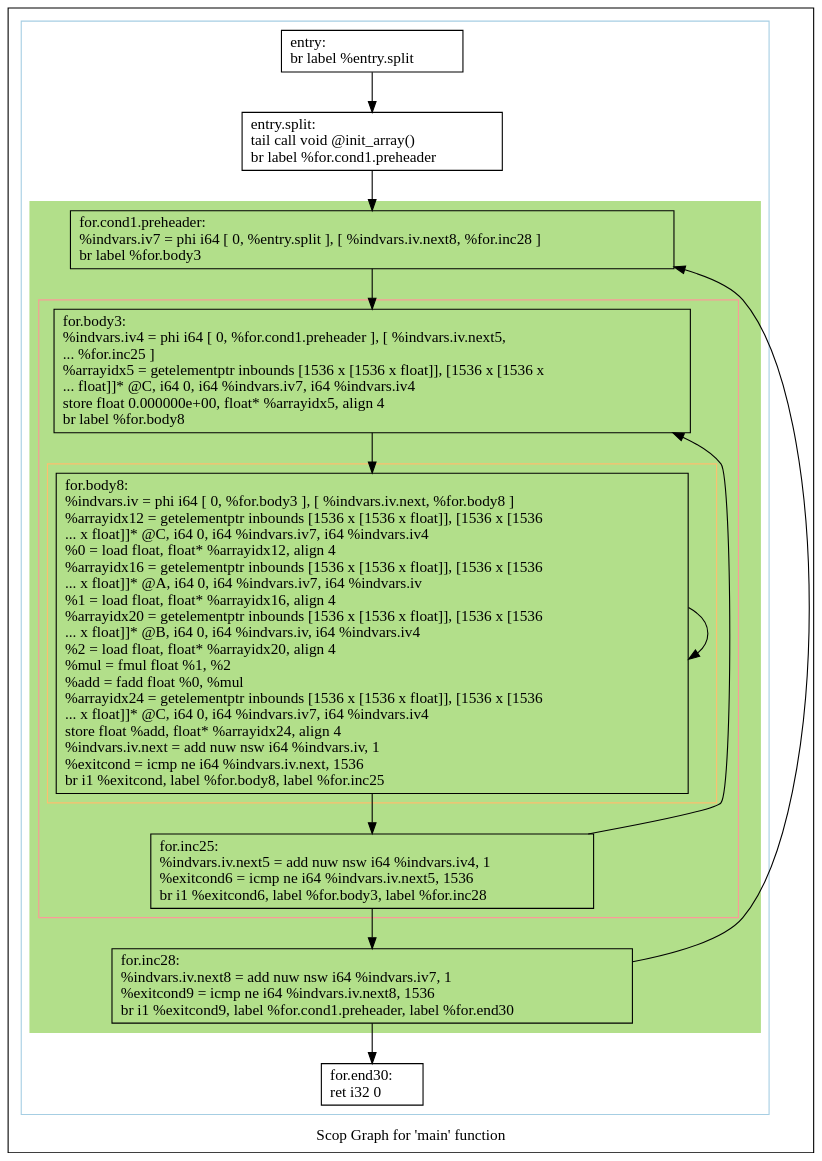
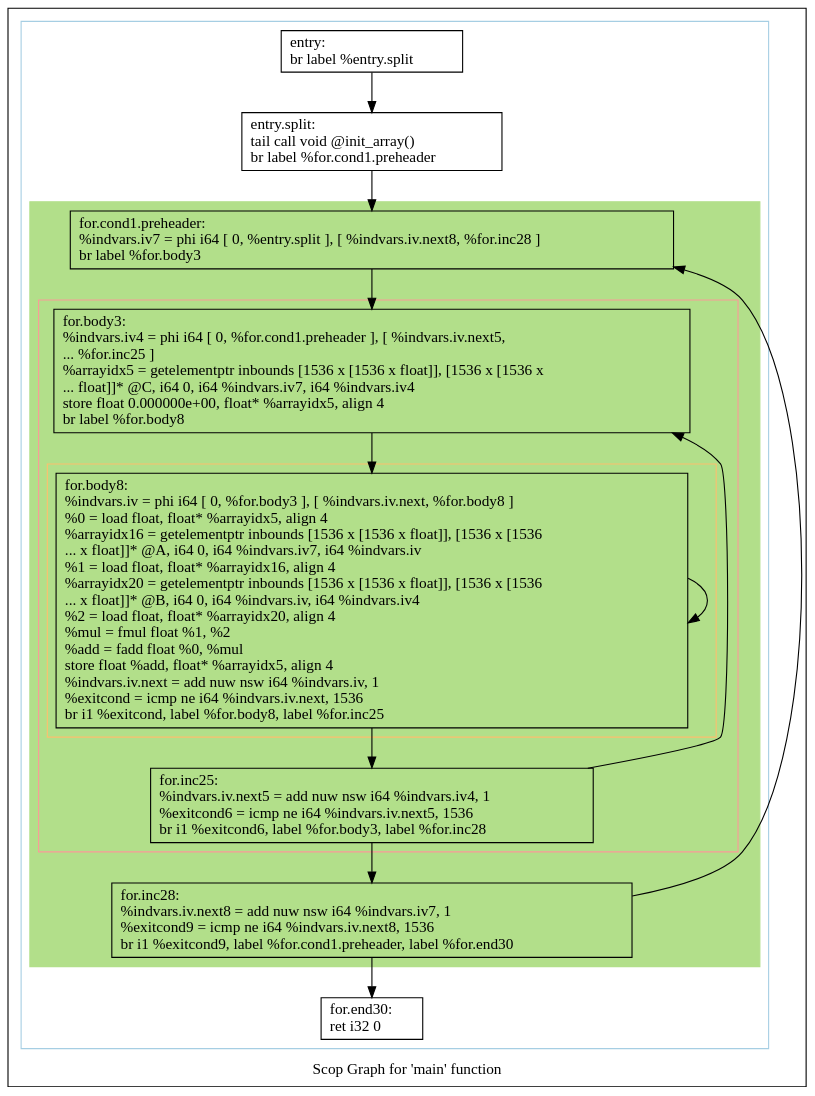
One commit to intel/quantum-intrinsics changed the diagram in polly/docs/experiments/matmul/scops.main.dot. Above: the diagram before and after it, drawn with Graphviz. The commit also changed 37 other files, not shown here.

```diff
--- a/polly/docs/experiments/matmul/scops.main.dot
+++ b/polly/docs/experiments/matmul/scops.main.dot
@@ -1,50 +1,50 @@
 digraph "Scop Graph for 'main' function" {
 	label="Scop Graph for 'main' function";
 
-	Node0x5b5c850 [shape=record,label="{entry:\l  br label %entry.split\l}"];
-	Node0x5b5c850 -> Node0x5b5a440;
-	Node0x5b5a440 [shape=record,label="{entry.split:                                      \l  tail call void @init_array()\l  br label %for.cond1.preheader\l}"];
-	Node0x5b5a440 -> Node0x5b38cd0;
-	Node0x5b38cd0 [shape=record,label="{for.cond1.preheader:                              \l  %indvars.iv7 = phi i64 [ 0, %entry.split ], [ %indvars.iv.next8, %for.inc28 ]\l  br label %for.body3\l}"];
-	Node0x5b38cd0 -> Node0x5b4bd30;
-	Node0x5b4bd30 [shape=record,label="{for.body3:                                        \l  %indvars.iv4 = phi i64 [ 0, %for.cond1.preheader ], [ %indvars.iv.next5,\l... %for.inc25 ]\l  %arrayidx5 = getelementptr inbounds [1536 x [1536 x float]], [1536 x [1536 x\l... float]]* @C, i64 0, i64 %indvars.iv7, i64 %indvars.iv4\l  store float 0.000000e+00, float* %arrayidx5, align 4\l  br label %for.body8\l}"];
-	Node0x5b4bd30 -> Node0x5b38c50;
-	Node0x5b38c50 [shape=record,label="{for.body8:                                        \l  %indvars.iv = phi i64 [ 0, %for.body3 ], [ %indvars.iv.next, %for.body8 ]\l  %arrayidx12 = getelementptr inbounds [1536 x [1536 x float]], [1536 x [1536\l... x float]]* @C, i64 0, i64 %indvars.iv7, i64 %indvars.iv4\l  %0 = load float, float* %arrayidx12, align 4\l  %arrayidx16 = getelementptr inbounds [1536 x [1536 x float]], [1536 x [1536\l... x float]]* @A, i64 0, i64 %indvars.iv7, i64 %indvars.iv\l  %1 = load float, float* %arrayidx16, align 4\l  %arrayidx20 = getelementptr inbounds [1536 x [1536 x float]], [1536 x [1536\l... x float]]* @B, i64 0, i64 %indvars.iv, i64 %indvars.iv4\l  %2 = load float, float* %arrayidx20, align 4\l  %mul = fmul float %1, %2\l  %add = fadd float %0, %mul\l  %arrayidx24 = getelementptr inbounds [1536 x [1536 x float]], [1536 x [1536\l... x float]]* @C, i64 0, i64 %indvars.iv7, i64 %indvars.iv4\l  store float %add, float* %arrayidx24, align 4\l  %indvars.iv.next = add nuw nsw i64 %indvars.iv, 1\l  %exitcond = icmp ne i64 %indvars.iv.next, 1536\l  br i1 %exitcond, label %for.body8, label %for.inc25\l}"];
-	Node0x5b38c50 -> Node0x5b38c50[constraint=false];
-	Node0x5b38c50 -> Node0x5b5a290;
-	Node0x5b5a290 [shape=record,label="{for.inc25:                                        \l  %indvars.iv.next5 = add nuw nsw i64 %indvars.iv4, 1\l  %exitcond6 = icmp ne i64 %indvars.iv.next5, 1536\l  br i1 %exitcond6, label %for.body3, label %for.inc28\l}"];
-	Node0x5b5a290 -> Node0x5b4bd30[constraint=false];
-	Node0x5b5a290 -> Node0x5b5a340;
-	Node0x5b5a340 [shape=record,label="{for.inc28:                                        \l  %indvars.iv.next8 = add nuw nsw i64 %indvars.iv7, 1\l  %exitcond9 = icmp ne i64 %indvars.iv.next8, 1536\l  br i1 %exitcond9, label %for.cond1.preheader, label %for.end30\l}"];
-	Node0x5b5a340 -> Node0x5b38cd0[constraint=false];
-	Node0x5b5a340 -> Node0x5b5a3a0;
-	Node0x5b5a3a0 [shape=record,label="{for.end30:                                        \l  ret i32 0\l}"];
+	Node0x7fffc6c4cb90 [shape=record,label="{entry:\l  br label %entry.split\l}"];
+	Node0x7fffc6c4cb90 -> Node0x7fffc6c47b10;
+	Node0x7fffc6c47b10 [shape=record,label="{entry.split:                                      \l  tail call void @init_array()\l  br label %for.cond1.preheader\l}"];
+	Node0x7fffc6c47b10 -> Node0x7fffc6c456e0;
+	Node0x7fffc6c456e0 [shape=record,label="{for.cond1.preheader:                              \l  %indvars.iv7 = phi i64 [ 0, %entry.split ], [ %indvars.iv.next8, %for.inc28 ]\l  br label %for.body3\l}"];
+	Node0x7fffc6c456e0 -> Node0x7fffc6c3f080;
+	Node0x7fffc6c3f080 [shape=record,label="{for.body3:                                        \l  %indvars.iv4 = phi i64 [ 0, %for.cond1.preheader ], [ %indvars.iv.next5,\l... %for.inc25 ]\l  %arrayidx5 = getelementptr inbounds [1536 x [1536 x float]], [1536 x [1536 x\l... float]]* @C, i64 0, i64 %indvars.iv7, i64 %indvars.iv4\l  store float 0.000000e+00, float* %arrayidx5, align 4\l  br label %for.body8\l}"];
+	Node0x7fffc6c3f080 -> Node0x7fffc6c3f220;
+	Node0x7fffc6c3f220 [shape=record,label="{for.body8:                                        \l  %indvars.iv = phi i64 [ 0, %for.body3 ], [ %indvars.iv.next, %for.body8 ]\l  %0 = load float, float* %arrayidx5, align 4\l  %arrayidx16 = getelementptr inbounds [1536 x [1536 x float]], [1536 x [1536\l... x float]]* @A, i64 0, i64 %indvars.iv7, i64 %indvars.iv\l  %1 = load float, float* %arrayidx16, align 4\l  %arrayidx20 = getelementptr inbounds [1536 x [1536 x float]], [1536 x [1536\l... x float]]* @B, i64 0, i64 %indvars.iv, i64 %indvars.iv4\l  %2 = load float, float* %arrayidx20, align 4\l  %mul = fmul float %1, %2\l  %add = fadd float %0, %mul\l  store float %add, float* %arrayidx5, align 4\l  %indvars.iv.next = add nuw nsw i64 %indvars.iv, 1\l  %exitcond = icmp ne i64 %indvars.iv.next, 1536\l  br i1 %exitcond, label %for.body8, label %for.inc25\l}"];
+	Node0x7fffc6c3f220 -> Node0x7fffc6c3f220[constraint=false];
+	Node0x7fffc6c3f220 -> Node0x7fffc6c40480;
+	Node0x7fffc6c40480 [shape=record,label="{for.inc25:                                        \l  %indvars.iv.next5 = add nuw nsw i64 %indvars.iv4, 1\l  %exitcond6 = icmp ne i64 %indvars.iv.next5, 1536\l  br i1 %exitcond6, label %for.body3, label %for.inc28\l}"];
+	Node0x7fffc6c40480 -> Node0x7fffc6c3f080[constraint=false];
+	Node0x7fffc6c40480 -> Node0x7fffc6c404e0;
+	Node0x7fffc6c404e0 [shape=record,label="{for.inc28:                                        \l  %indvars.iv.next8 = add nuw nsw i64 %indvars.iv7, 1\l  %exitcond9 = icmp ne i64 %indvars.iv.next8, 1536\l  br i1 %exitcond9, label %for.cond1.preheader, label %for.end30\l}"];
+	Node0x7fffc6c404e0 -> Node0x7fffc6c456e0[constraint=false];
+	Node0x7fffc6c404e0 -> Node0x7fffc6c40540;
+	Node0x7fffc6c40540 [shape=record,label="{for.end30:                                        \l  ret i32 0\l}"];
 	colorscheme = "paired12"
-        subgraph cluster_0x5b5c970 {
+        subgraph cluster_0x7fffc6c32540 {
           label = "";
           style = solid;
           color = 1
-          subgraph cluster_0x5b5c5a0 {
+          subgraph cluster_0x7fffc6c32f30 {
             label = "";
             style = filled;
-            color = 3            subgraph cluster_0x5b5c9f0 {
+            color = 3            subgraph cluster_0x7fffc6c32690 {
               label = "";
               style = solid;
               color = 5
-              subgraph cluster_0x5b5c110 {
+              subgraph cluster_0x7fffc6c32dc0 {
                 label = "";
                 style = solid;
                 color = 7
-                Node0x5b38c50;
+                Node0x7fffc6c3f220;
               }
-              Node0x5b4bd30;
-              Node0x5b5a290;
+              Node0x7fffc6c3f080;
+              Node0x7fffc6c40480;
             }
-            Node0x5b38cd0;
-            Node0x5b5a340;
+            Node0x7fffc6c456e0;
+            Node0x7fffc6c404e0;
           }
-          Node0x5b5c850;
-          Node0x5b5a440;
-          Node0x5b5a3a0;
+          Node0x7fffc6c4cb90;
+          Node0x7fffc6c47b10;
+          Node0x7fffc6c40540;
         }
 }
```
